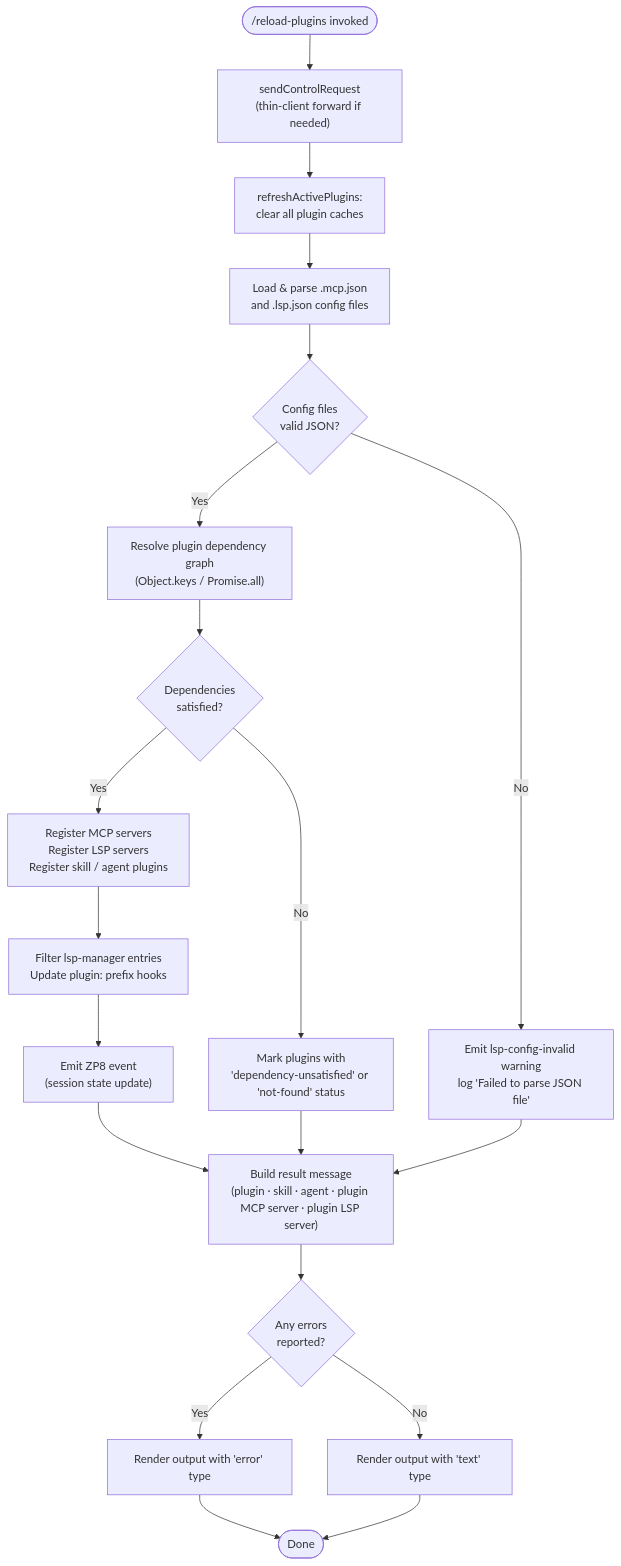
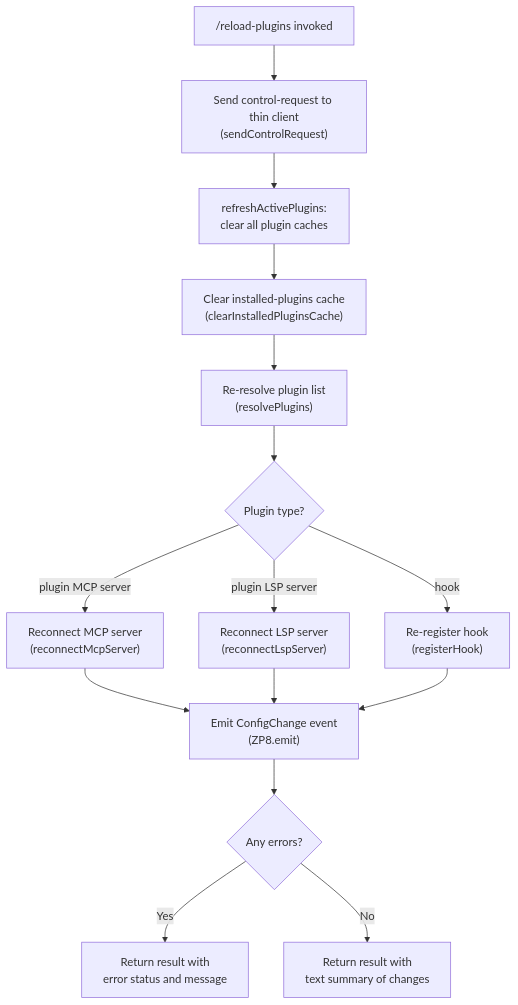
The diagram in versions/v2.1.143/reload-plugins.md (MyLittleLuckyDog/cc-gnothi), drawn with Mermaid before and after one commit. The commit also changed other lines of this file and 87 other files, not shown here.

````diff
--- a/versions/v2.1.143/reload-plugins.md
+++ b/versions/v2.1.143/reload-plugins.md
@@ -47,22 +47,17 @@
 ```mermaid
 flowchart TD
-    A(["/reload-plugins invoked"]) --> B["sendControlRequest\n(thin-client forward if needed)"]
+    A["/reload-plugins invoked"] --> B["Send control-request to thin client\n(sendControlRequest)"]
     B --> C["refreshActivePlugins:\nclear all plugin caches"]
-    C --> D["Load & parse .mcp.json\nand .lsp.json config files"]
-    D --> E{Config files\nvalid JSON?}
-    E -- No --> F["Emit lsp-config-invalid warning\nlog 'Failed to parse JSON file'"]
-    E -- Yes --> G["Resolve plugin dependency graph\n(Object.keys / Promise.all)"]
-    G --> H{Dependencies\nsatisfied?}
-    H -- No --> I["Mark plugins with\n'dependency-unsatisfied' or 'not-found' status"]
-    H -- Yes --> J["Register MCP servers\nRegister LSP servers\nRegister skill / agent plugins"]
-    J --> K["Filter lsp-manager entries\nUpdate plugin: prefix hooks"]
-    K --> L["Emit ZP8 event\n(session state update)"]
-    L --> M["Build result message\n(plugin · skill · agent · plugin MCP server · plugin LSP server)"]
-    I --> M
-    F --> M
-    M --> N{Any errors\nreported?}
-    N -- Yes --> O["Render output with 'error' type"]
-    N -- No --> P["Render output with 'text' type"]
-    O --> Q([Done])
-    P --> Q
+    C --> D["Clear installed-plugins cache\n(clearInstalledPluginsCache)"]
+    D --> E["Re-resolve plugin list\n(resolvePlugins)"]
+    E --> F{Plugin type?}
+    F -->|"plugin MCP server"| G["Reconnect MCP server\n(reconnectMcpServer)"]
+    F -->|"plugin LSP server"| H["Reconnect LSP server\n(reconnectLspServer)"]
+    F -->|"hook"| I["Re-register hook\n(registerHook)"]
+    G --> J["Emit ConfigChange event\n(ZP8.emit)"]
+    H --> J
+    I --> J
+    J --> K{Any errors?}
+    K -->|"Yes"| L["Return result with\nerror status and message"]
+    K -->|"No"| M["Return result with\ntext summary of changes"]
 ```
````
